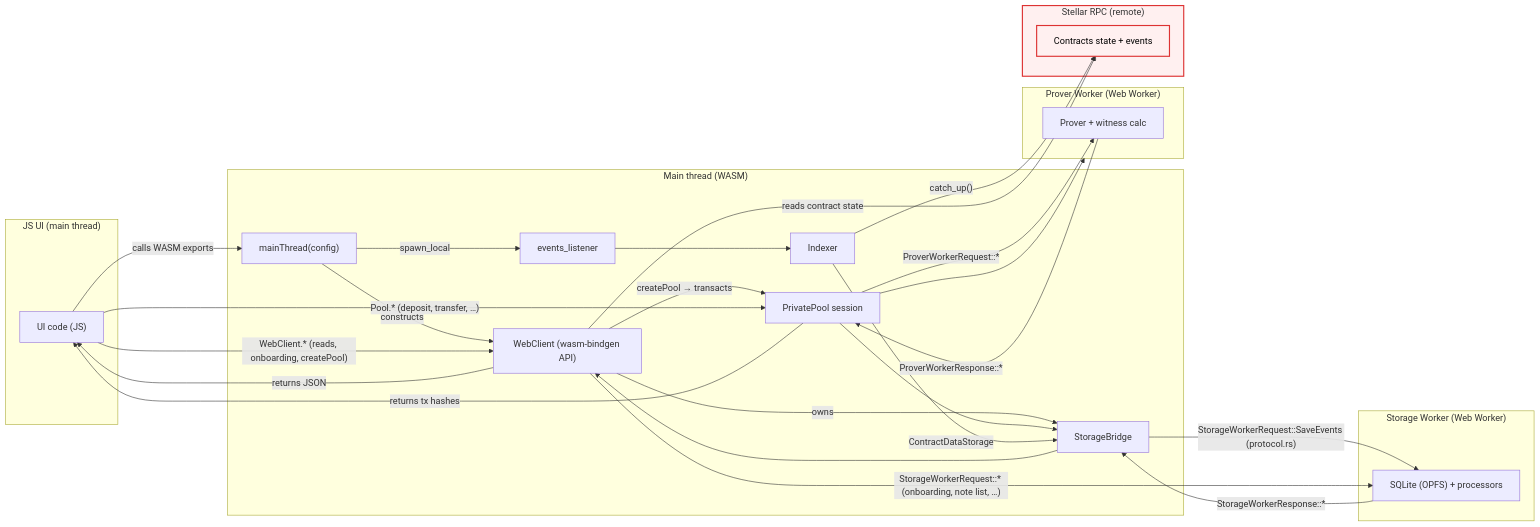
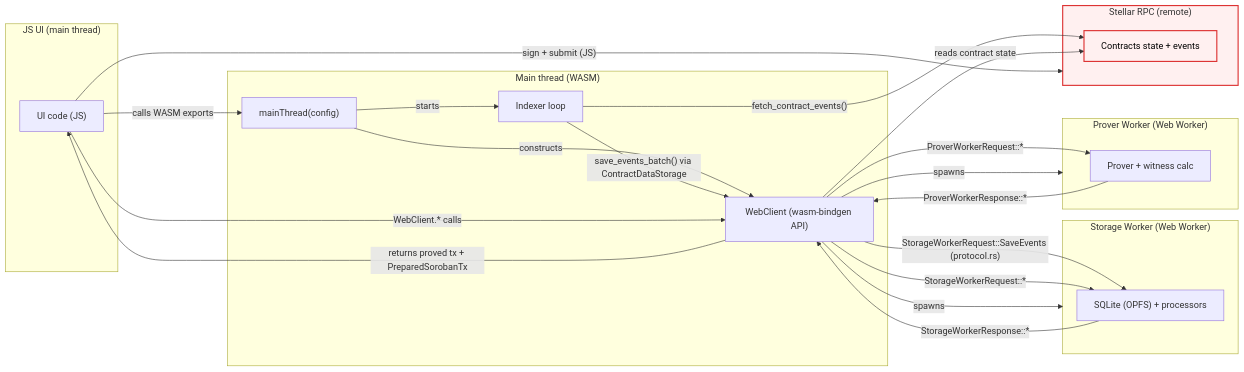
One commit to NethermindEth/stellar-private-payments changed the diagram in app/ARCHITECTURE.md. Above: the diagram before and after it, drawn with Mermaid. The commit also changed other lines of this file and 17 other files, not shown here.

````diff
--- a/app/ARCHITECTURE.md
+++ b/app/ARCHITECTURE.md
@@ -92,58 +62,51 @@
 ```mermaid
 flowchart LR
   %% Main thread
   subgraph JS["JS UI (main thread)"]
     UI["UI code (JS)"]
   end
 
   subgraph WASM["Main thread (WASM)"]
     MT["mainThread(config)"]
     WC["WebClient (wasm-bindgen API)"]
-    PP["PrivatePool session"]
-    SB["StorageBridge"]
-    EL["events_listener"]
-    IDX["Indexer"]
+    IDX["Indexer loop"]
   end
 
   %% Workers
   subgraph SW["Storage Worker (Web Worker)"]
     DB["SQLite (OPFS) + processors"]
   end
 
   subgraph PW["Prover Worker (Web Worker)"]
     PR["Prover + witness calc"]
   end
 
   %% Remote dependency (not local)
   subgraph RPC["Stellar RPC (remote)"]
     RPCAPI["Contracts state + events"]
   end
 
   UI -->|"calls WASM exports"| MT
   MT -->|"constructs"| WC
-  WC -->|"owns"| SB
-  WC -->|"createPool → transacts"| PP
-  PP --> SB
-  PP --> PW
 
-  MT -->|"spawn_local"| EL
-  EL --> IDX
-  IDX -->|"catch_up()"| RPCAPI
-  IDX -->|"ContractDataStorage"| SB
-  SB -->|"StorageWorkerRequest::SaveEvents (protocol.rs)"| DB
+  WC -->|"spawns"| SW
+  WC -->|"spawns"| PW
 
-  UI -->|"WebClient.* (reads, onboarding, createPool)"| WC
-  UI -->|"Pool.* (deposit, transfer, …)"| PP
+  MT -->|"starts"| IDX
+  IDX -->|"fetch_contract_events()"| RPCAPI
+  IDX -->|"save_events_batch() via ContractDataStorage"| WC
+  WC -->|"StorageWorkerRequest::SaveEvents (protocol.rs)"| DB
+
+  UI -->|"WebClient.* calls"| WC
   WC -->|"reads contract state"| RPCAPI
-  WC -->|"StorageWorkerRequest::* (onboarding, note list, …)"| DB
-  PP -->|"ProverWorkerRequest::*"| PR
-  PR -->|"ProverWorkerResponse::*"| PP
-  DB -->|"StorageWorkerResponse::*"| SB
-  SB --> WC
-  WC -->|"returns JSON"| UI
-  PP -->|"returns tx hashes"| UI
+  WC -->|"StorageWorkerRequest::*"| DB
+  WC -->|"ProverWorkerRequest::*"| PR
+  PR -->|"ProverWorkerResponse::*"| WC
+  DB -->|"StorageWorkerResponse::*"| WC
+  WC -->|"returns proved tx + PreparedSorobanTx"| UI
+  UI -->|"sign + submit (JS)"| RPC
 
   classDef remote fill:#fff0f0,stroke:#d33,stroke-width:2px,color:#000;
   style RPC fill:#fff0f0,stroke:#d33,stroke-width:2px;
   class RPCAPI remote;
 ```
````
